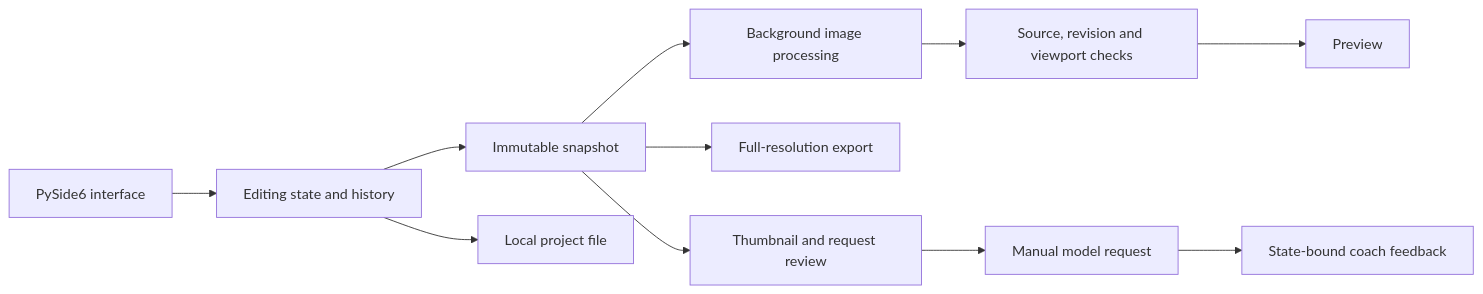
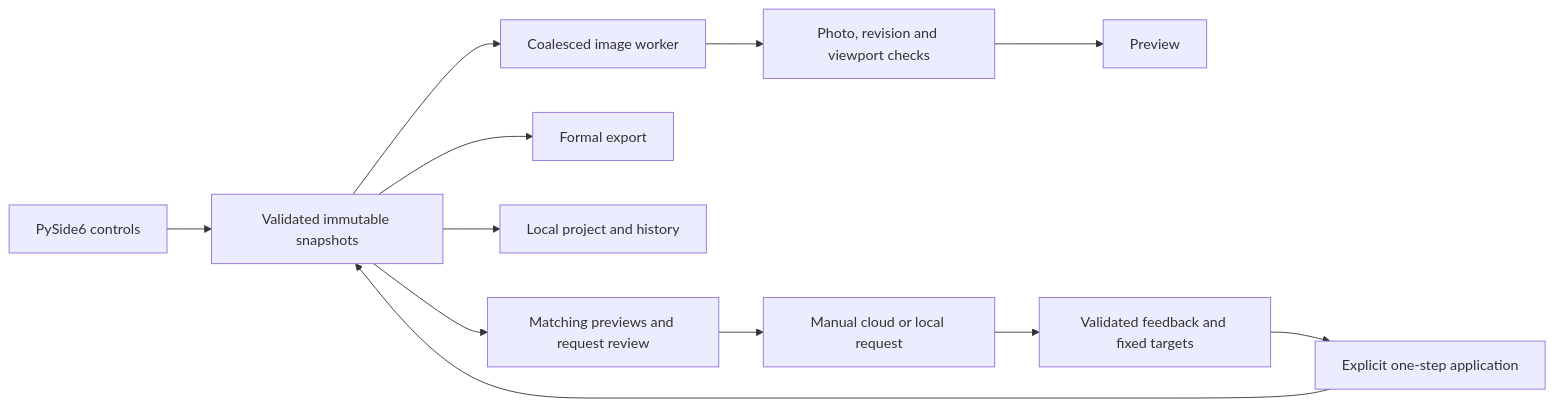
Before and after one commit to Xin-Chen-Max/photocoach-desktop: the diagram in docs/architecture.md, drawn with Mermaid. The commit also changed other lines of this file and 94 other files, not shown here.

````diff
--- a/docs/architecture.md
+++ b/docs/architecture.md
@@ -5,13 +5,14 @@
 ```mermaid
 flowchart LR
-    UI[PySide6 interface] --> State[Editing state and history]
-    State --> Snapshot[Immutable snapshot]
-    Snapshot --> Render[Background image processing]
-    Render --> Guard[Source, revision and viewport checks]
+    UI[PySide6 controls] --> State[Validated immutable snapshots]
+    State --> Render[Coalesced image worker]
+    Render --> Guard[Photo, revision and viewport checks]
     Guard --> View[Preview]
-    Snapshot --> Export[Full-resolution export]
-    State --> Project[Local project file]
-    Snapshot --> Review[Thumbnail and request review]
-    Review --> Provider[Manual model request]
-    Provider --> Feedback[State-bound coach feedback]
+    State --> Export[Formal export]
+    State --> Project[Local project and history]
+    State --> Review[Matching previews and request review]
+    Review --> Provider[Manual cloud or local request]
+    Provider --> Feedback[Validated feedback and fixed targets]
+    Feedback --> Apply[Explicit one-step application]
+    Apply --> State
 ```
````
